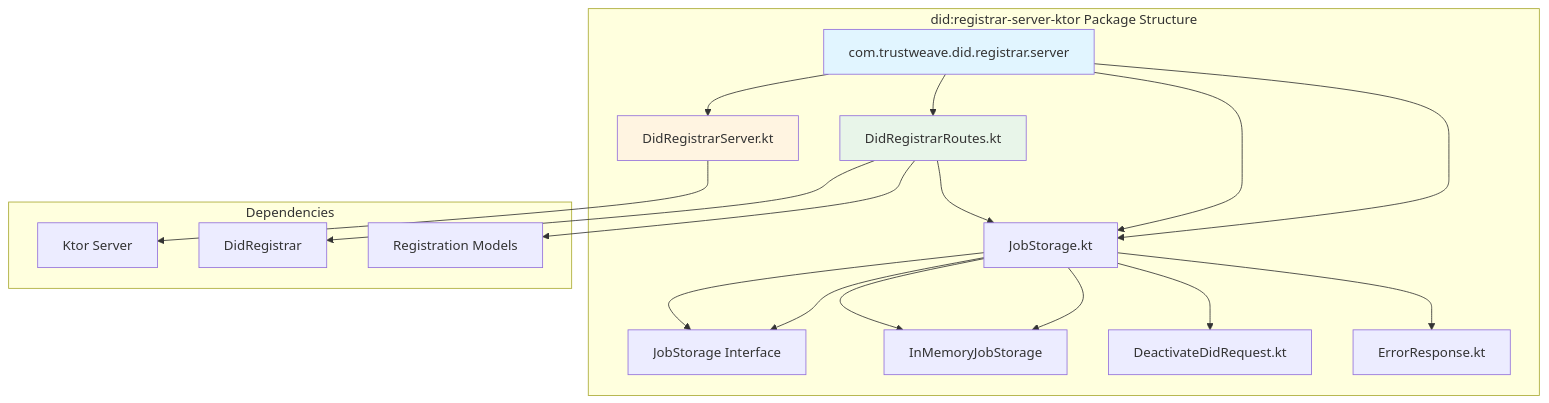
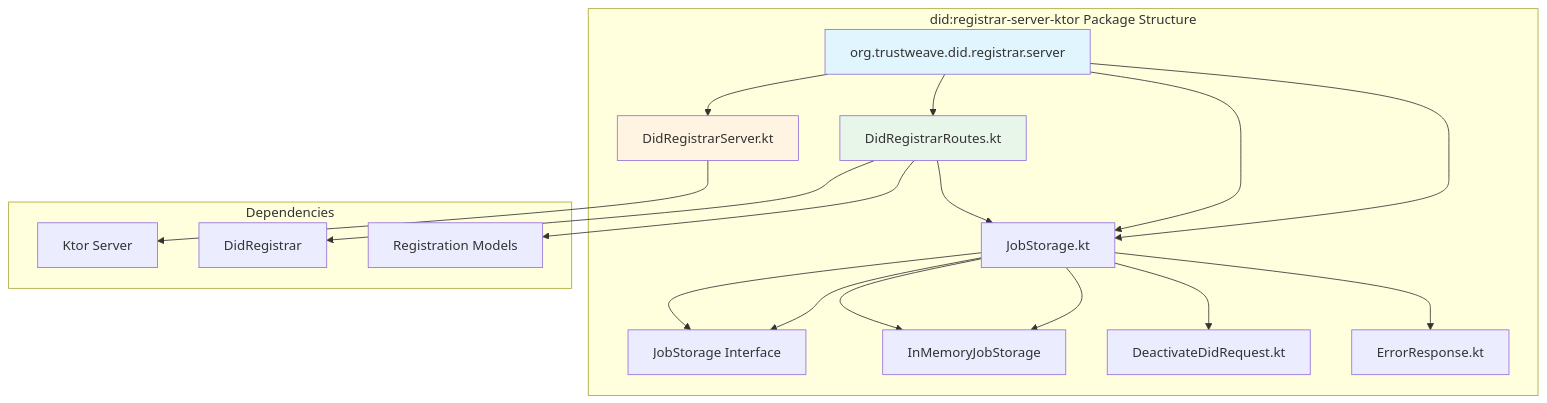
One commit to geoknoesis/trustweave changed the third of 3 diagrams in docs/modules/trustweave-did-registrar-server.md. Above: the diagram before and after it, drawn with Mermaid. The commit also changed other lines of this file and 1960 other files, not shown here.

Commit message:
refactor com.trustweave to org.trustweave

````diff
--- a/docs/modules/trustweave-did-registrar-server.md
+++ b/docs/modules/trustweave-did-registrar-server.md
@@ -542,32 +542,32 @@
 ```mermaid
 graph TD
     subgraph "did:registrar-server-ktor Package Structure"
-        A[com.trustweave.did.registrar.server]
+        A[org.trustweave.did.registrar.server]
         A --> B[DidRegistrarServer.kt]
         A --> C[DidRegistrarRoutes.kt]
         A --> D[dto/]
         D --> D1[CreateDidRequest.kt]
         D --> D2[UpdateDidRequest.kt]
         D --> D3[DeactivateDidRequest.kt]
         D --> D4[ErrorResponse.kt]
         A --> D[JobStorage.kt]
 
         D --> D1[JobStorage Interface]
         D --> D2[InMemoryJobStorage]
     end
 
     subgraph "Dependencies"
         E[Ktor Server]
         F[DidRegistrar]
         G[Registration Models]
     end
 
     B --> E
     C --> F
     C --> G
     C --> D
 
     style A fill:#e1f5ff
     style B fill:#fff4e1
     style C fill:#e8f5e9
 ```
````
